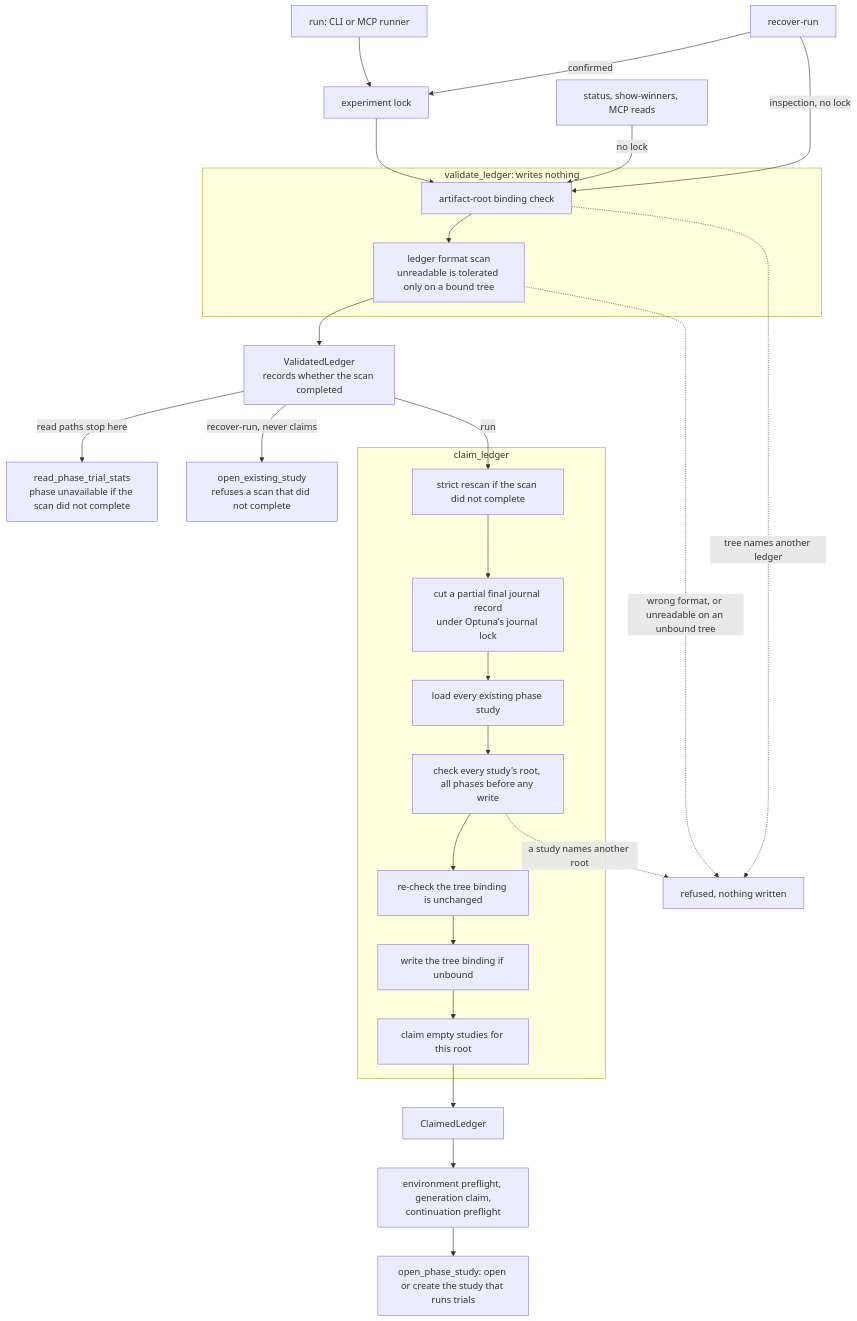
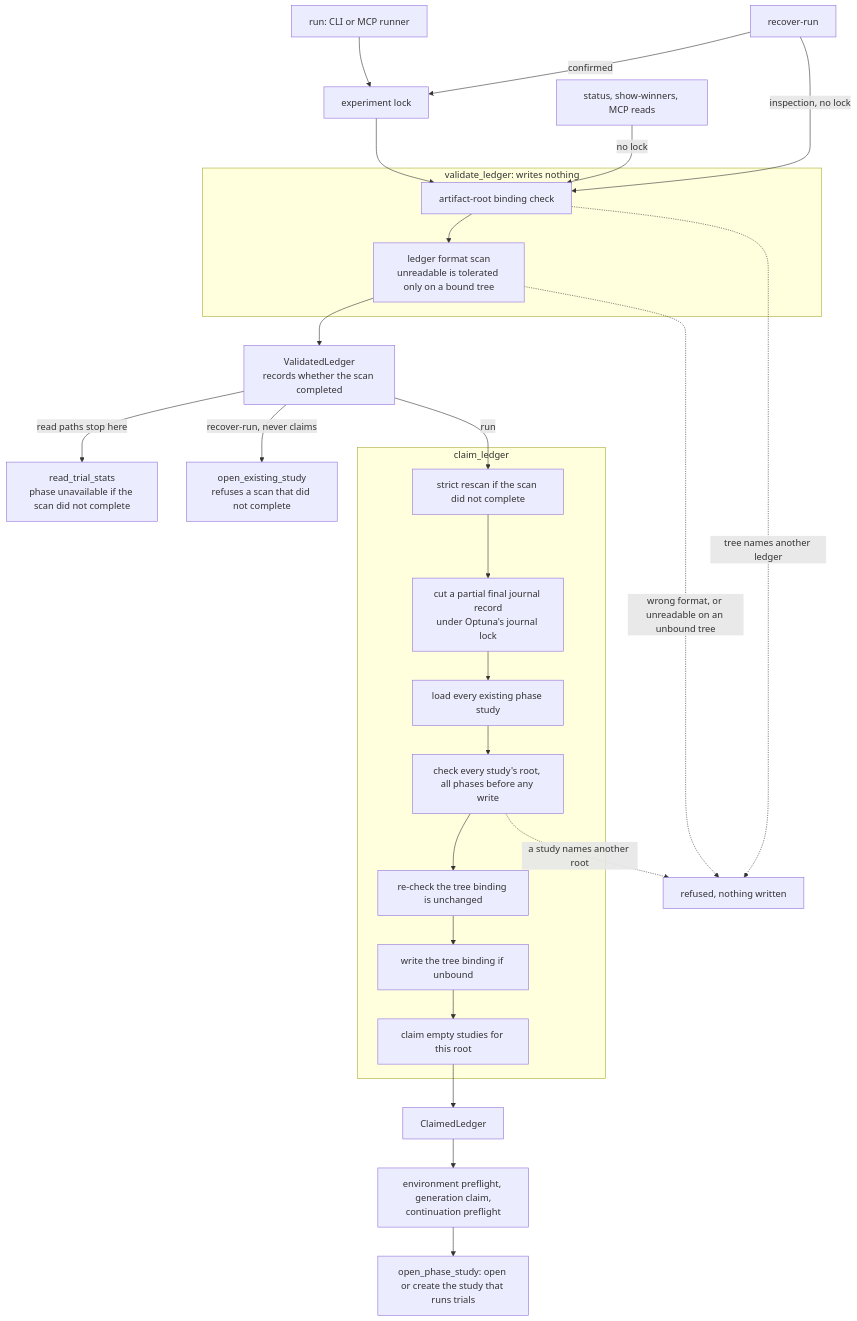
The diagram in docs/invariants.md (pszemraj/phasesweep), drawn with Mermaid before and after one commit. The commit also changed other lines of this file and 4 other files, not shown here.

````diff
--- a/docs/invariants.md
+++ b/docs/invariants.md
@@ -53,29 +53,29 @@
 ```mermaid
 flowchart TD
     run["run: CLI or MCP runner"] --> lock["experiment lock"]
     recover["recover-run"] -->|"confirmed"| lock
     recover -->|"inspection, no lock"| check
     reads["status, show-winners, MCP reads"] -->|"no lock"| check
     lock --> check
     subgraph validate["validate_ledger: writes nothing"]
         check["artifact-root binding check"] --> scan["ledger format scan<br/>unreadable is tolerated only on a bound tree"]
     end
     scan --> handle["ValidatedLedger<br/>records whether the scan completed"]
-    handle -->|"read paths stop here"| ro["read_phase_trial_stats<br/>phase unavailable if the scan did not complete"]
+    handle -->|"read paths stop here"| ro["read_trial_stats<br/>phase unavailable if the scan did not complete"]
     handle -->|"recover-run, never claims"| existing["open_existing_study<br/>refuses a scan that did not complete"]
     handle -->|"run"| rescan
     subgraph claim["claim_ledger"]
         rescan["strict rescan if the scan did not complete"] --> repair["cut a partial final journal record<br/>under Optuna's journal lock"]
         repair --> discover["load every existing phase study"]
         discover --> roots["check every study's root, all phases before any write"]
         roots --> recheck["re-check the tree binding is unchanged"]
         recheck --> bind["write the tree binding if unbound"]
         bind --> claimst["claim empty studies for this root"]
     end
     claimst --> claimed["ClaimedLedger"]
     claimed --> pre["environment preflight, generation claim,<br/>continuation preflight"]
     pre --> open["open_phase_study: open or create the study that runs trials"]
     check -.->|"tree names another ledger"| refused["refused, nothing written"]
     scan -.->|"wrong format, or unreadable on an unbound tree"| refused
     roots -.->|"a study names another root"| refused
 ```
````
